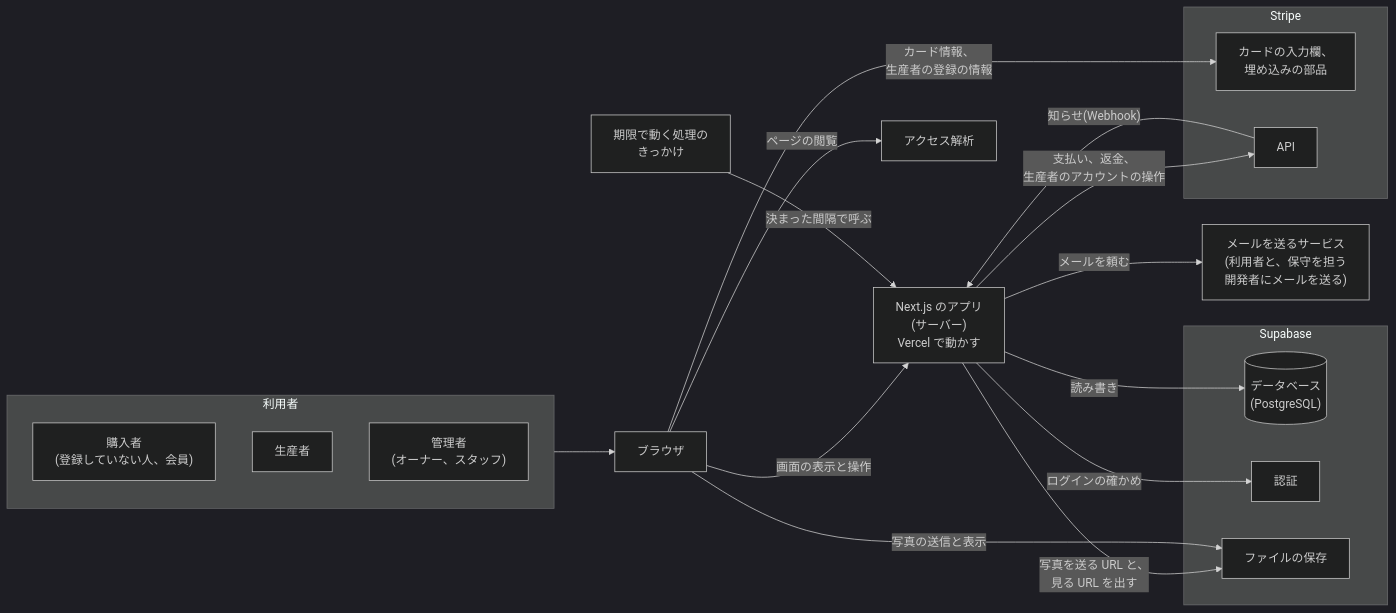
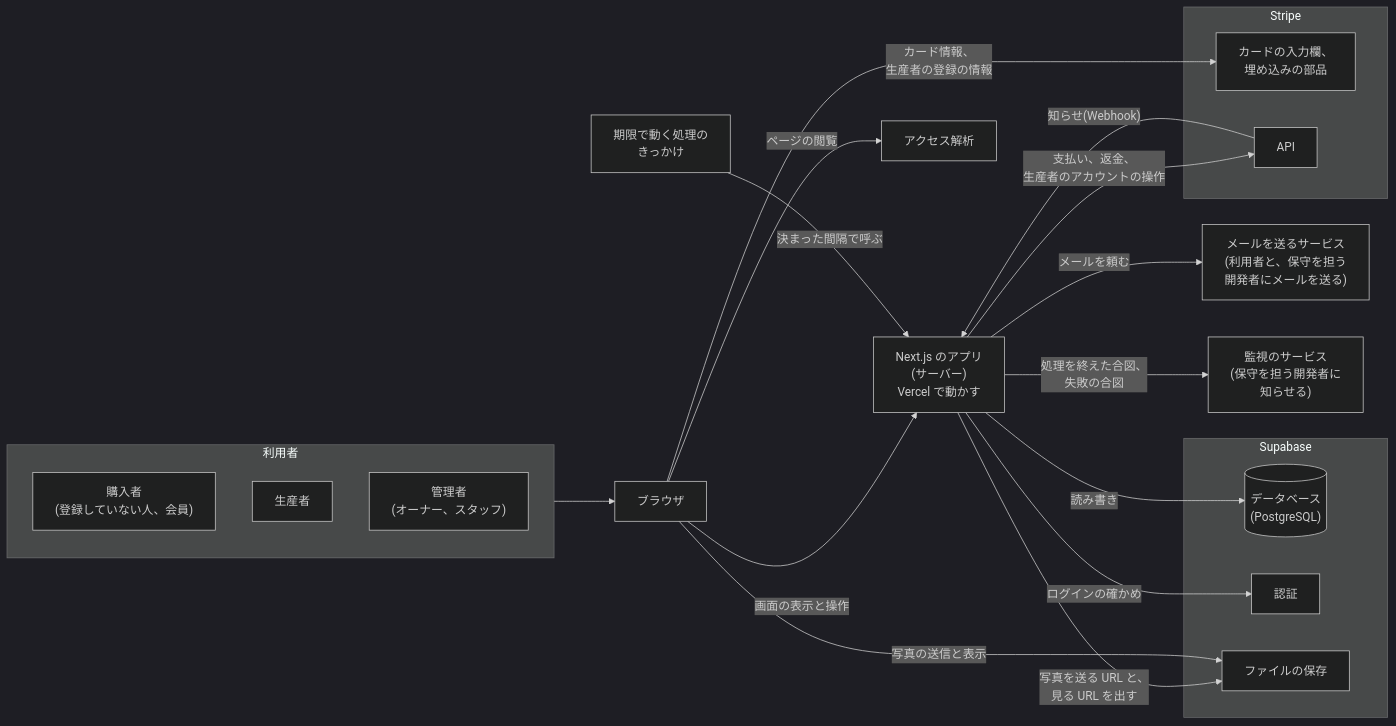
One commit to tenkunomori-emu/emu-farm-ec changed the first of 16 diagrams in docs/02-basic-design.md. Above: the diagram before and after it, drawn with Mermaid (dark theme). The commit also changed other lines of this file, not shown here.

````diff
--- a/docs/02-basic-design.md
+++ b/docs/02-basic-design.md
@@ -27,36 +27,38 @@
 ```mermaid
 flowchart LR
     subgraph USERS["利用者"]
         direction TB
         BUYER["購入者<br/>(登録していない人、会員)"]
         PRODUCER["生産者"]
         ADMIN["管理者<br/>(オーナー、スタッフ)"]
     end
     BROWSER["ブラウザ"]
     TIMER["期限で動く処理の<br/>きっかけ"]
     APP["Next.js のアプリ<br/>(サーバー)<br/>Vercel で動かす"]
     subgraph STRIPE["Stripe"]
         STRIPE_UI["カードの入力欄、<br/>埋め込みの部品"]
         STRIPE_API["API"]
     end
     MAIL["メールを送るサービス<br/>(利用者と、保守を担う<br/>開発者にメールを送る)"]
     subgraph SUPABASE["Supabase"]
         DB[("データベース<br/>(PostgreSQL)")]
         AUTH["認証"]
         STORAGE["ファイルの保存"]
     end
     ANALYTICS["アクセス解析"]
+    MONITOR["監視のサービス<br/>(保守を担う開発者に<br/>知らせる)"]
 
     USERS --> BROWSER
     BROWSER -- "画面の表示と操作" --> APP
     TIMER -- "決まった間隔で呼ぶ" --> APP
     APP -- "支払い、返金、<br/>生産者のアカウントの操作" --> STRIPE_API
     STRIPE_API -- "知らせ(Webhook)" --> APP
     APP -- "メールを頼む" --> MAIL
+    APP -- "処理を終えた合図、<br/>失敗の合図" --> MONITOR
     APP -- "読み書き" --> DB
     APP -- "ログインの確かめ" --> AUTH
     APP -- "写真を送る URL と、<br/>見る URL を出す" --> STORAGE
     BROWSER -- "カード情報、<br/>生産者の登録の情報" --> STRIPE_UI
     BROWSER -- "写真の送信と表示" --> STORAGE
     BROWSER -- "ページの閲覧" --> ANALYTICS
 ```
````
